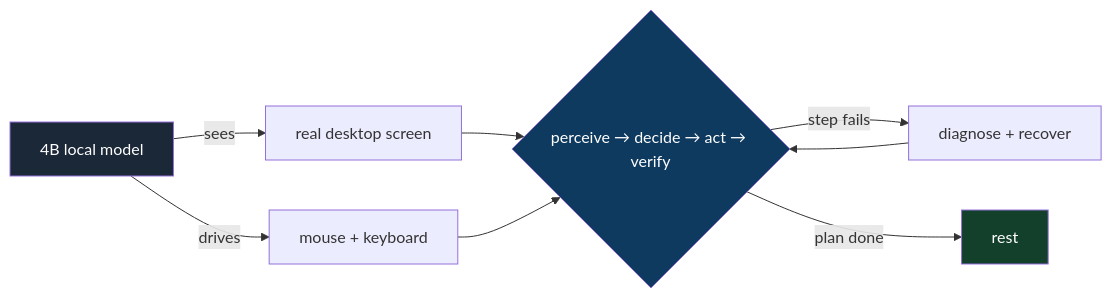
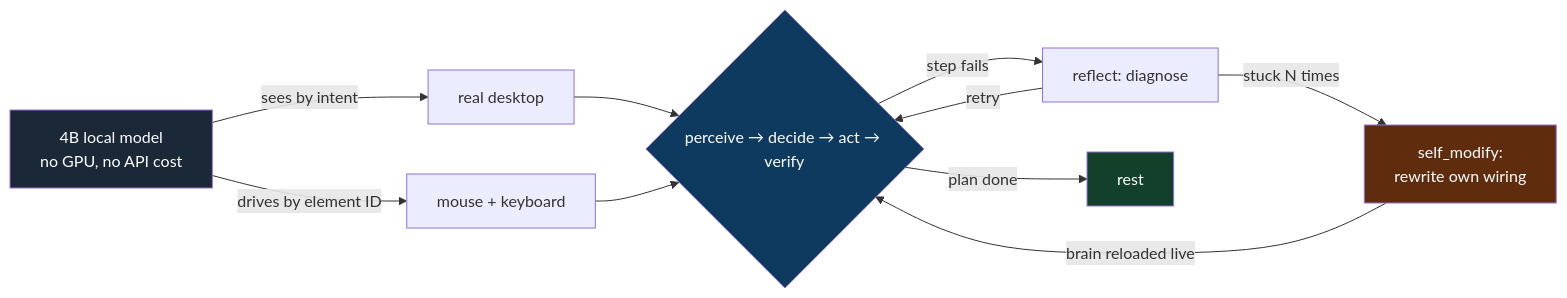
One commit to wgabrys88/endgame-ai changed the first of 4 diagrams in README.md. Above: the diagram before and after it, drawn with Mermaid. The commit also changed other lines of this file and 3 other files, not shown here.

````diff
--- a/README.md
+++ b/README.md
@@ -61,13 +136,16 @@
 ```mermaid
 graph LR
-    A[4B local model] -->|sees| B[real desktop screen]
-    A -->|drives| C[mouse + keyboard]
+    A[4B local model<br/>no GPU, no API cost] -->|sees by intent| B[real desktop]
+    A -->|drives by element ID| C[mouse + keyboard]
     B --> D{perceive → decide → act → verify}
     C --> D
-    D -->|step fails| E[diagnose + recover]
-    E --> D
-    D -->|plan done| F[rest]
+    D -->|step fails| E[reflect: diagnose]
+    E -->|retry| D
+    E -->|stuck N times| F[self_modify:<br/>rewrite own wiring]
+    F -->|brain reloaded live| D
+    D -->|plan done| G[rest]
     style A fill:#1b2838,color:#fff
     style D fill:#0e3a5f,color:#fff
-    style F fill:#13402b,color:#fff
+    style F fill:#5f2d0e,color:#fff
+    style G fill:#13402b,color:#fff
 ```
````
